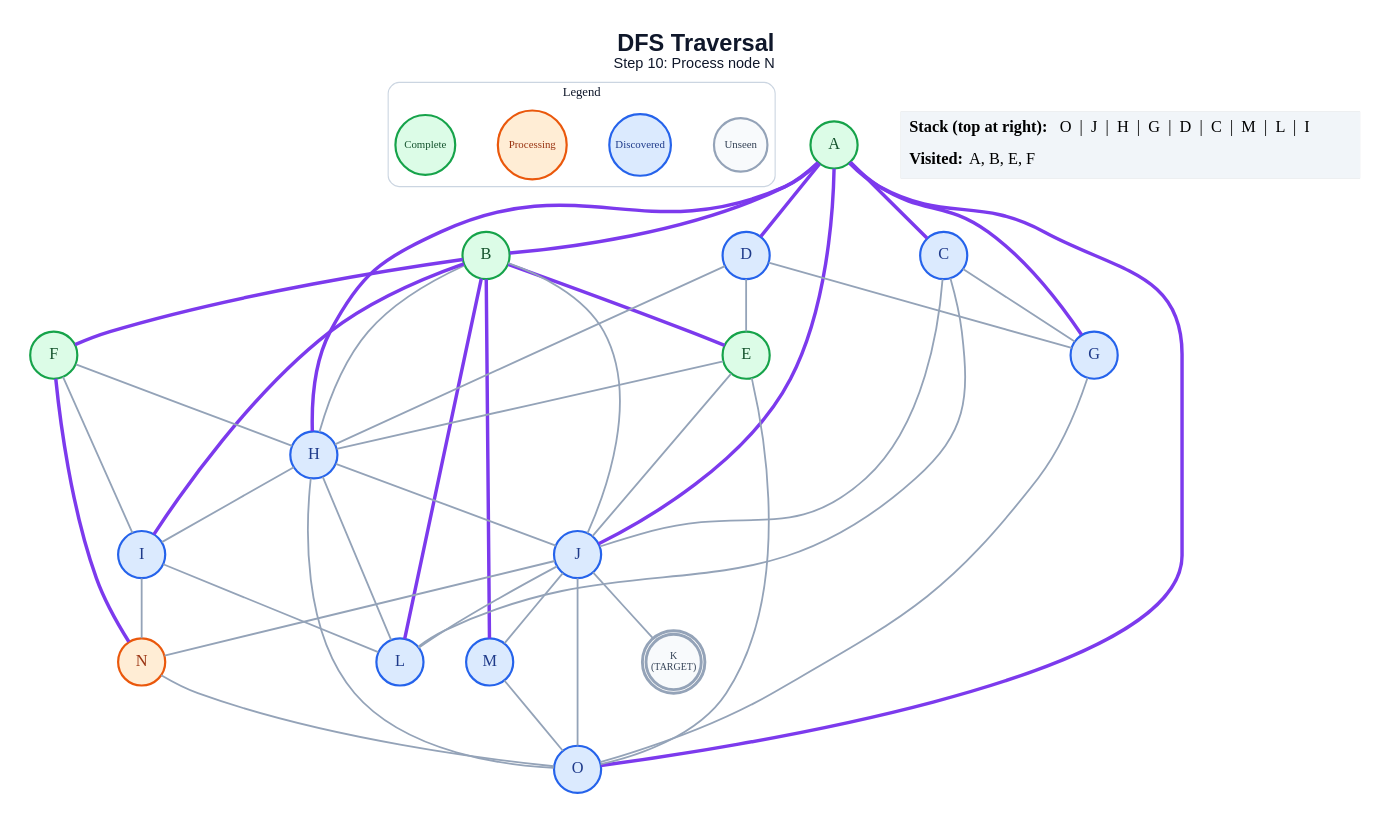
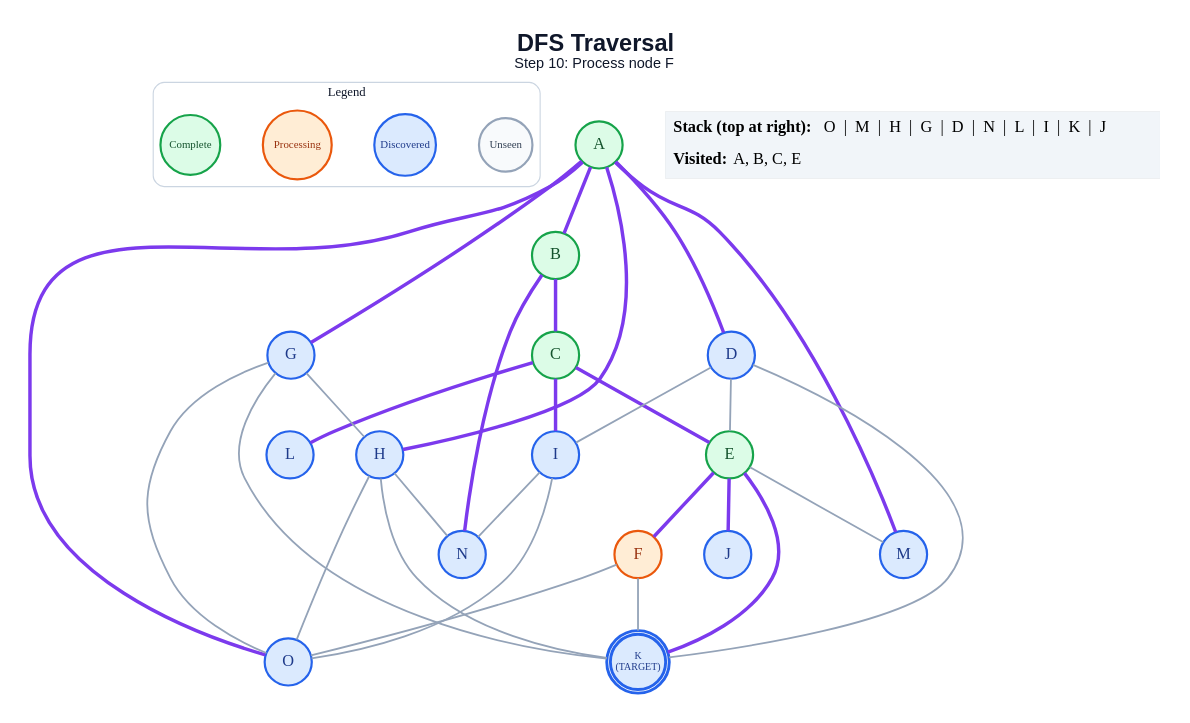
One commit to anon7238593-create/ai-slop changed the diagram in generated/specific-node/dfs/step_10.dot. Above: the diagram before and after it, drawn with Graphviz. The commit also changed 345 other files, not shown here.

```diff
--- a/generated/specific-node/dfs/step_10.dot
+++ b/generated/specific-node/dfs/step_10.dot
@@ -1,74 +1,62 @@
 graph traversal {
   graph [layout=dot, rankdir=TB, bgcolor="#FFFFFF", pad="0.35", nodesep="0.65", ranksep="0.8", fontname="Arial"];
   node [shape=circle, style="filled", fontname="Arial Bold", fontsize=18, width=0.72, fixedsize=true, penwidth=2.4];
   edge [color="#94A3B8", penwidth=2.0];
-  label=<<B>DFS Traversal</B><BR/><FONT POINT-SIZE="16">Step 10: Process node N</FONT>>; labelloc="t"; fontsize=26; fontname="Arial"; fontcolor="#0F172A";
+  label=<<B>DFS Traversal</B><BR/><FONT POINT-SIZE="16">Step 10: Process node F</FONT>>; labelloc="t"; fontsize=26; fontname="Arial"; fontcolor="#0F172A";
   subgraph cluster_legend { label="Legend"; color="#CBD5E1"; penwidth=1.2; style="rounded"; fontsize=14; fontname="Arial Bold";
     key_unseen [label="Unseen", fillcolor="#F8FAFC", color="#94A3B8", fontcolor="#334155", fontsize=12, width=0.82];
     key_frontier [label="Discovered", fillcolor="#DBEAFE", color="#2563EB", fontcolor="#1E3A8A", fontsize=12, width=0.95];
     key_current [label="Processing", fillcolor="#FFEDD5", color="#EA580C", fontcolor="#9A3412", fontsize=12, width=1.05];
     key_done [label="Complete", fillcolor="#DCFCE7", color="#16A34A", fontcolor="#14532D", fontsize=12, width=0.92];
     { rank=same; key_unseen; key_frontier; key_current; key_done; }
   }
   A [label="A", fillcolor="#DCFCE7", color="#16A34A", fontcolor="#14532D", peripheries=1, penwidth=2.4];
   B [label="B", fillcolor="#DCFCE7", color="#16A34A", fontcolor="#14532D", peripheries=1, penwidth=2.4];
-  C [label="C", fillcolor="#DBEAFE", color="#2563EB", fontcolor="#1E3A8A", peripheries=1, penwidth=2.4];
+  C [label="C", fillcolor="#DCFCE7", color="#16A34A", fontcolor="#14532D", peripheries=1, penwidth=2.4];
   D [label="D", fillcolor="#DBEAFE", color="#2563EB", fontcolor="#1E3A8A", peripheries=1, penwidth=2.4];
   E [label="E", fillcolor="#DCFCE7", color="#16A34A", fontcolor="#14532D", peripheries=1, penwidth=2.4];
-  F [label="F", fillcolor="#DCFCE7", color="#16A34A", fontcolor="#14532D", peripheries=1, penwidth=2.4];
+  F [label="F", fillcolor="#FFEDD5", color="#EA580C", fontcolor="#9A3412", peripheries=1, penwidth=2.4];
   G [label="G", fillcolor="#DBEAFE", color="#2563EB", fontcolor="#1E3A8A", peripheries=1, penwidth=2.4];
   H [label="H", fillcolor="#DBEAFE", color="#2563EB", fontcolor="#1E3A8A", peripheries=1, penwidth=2.4];
   I [label="I", fillcolor="#DBEAFE", color="#2563EB", fontcolor="#1E3A8A", peripheries=1, penwidth=2.4];
   J [label="J", fillcolor="#DBEAFE", color="#2563EB", fontcolor="#1E3A8A", peripheries=1, penwidth=2.4];
-  K [label="K\n(TARGET)", fillcolor="#F8FAFC", color="#94A3B8", fontcolor="#334155", peripheries=2, penwidth=3.2, fontsize=11, width=0.85, height=0.85];
+  K [label="K\n(TARGET)", fillcolor="#DBEAFE", color="#2563EB", fontcolor="#1E3A8A", peripheries=2, penwidth=3.2, fontsize=11, width=0.85, height=0.85];
   L [label="L", fillcolor="#DBEAFE", color="#2563EB", fontcolor="#1E3A8A", peripheries=1, penwidth=2.4];
   M [label="M", fillcolor="#DBEAFE", color="#2563EB", fontcolor="#1E3A8A", peripheries=1, penwidth=2.4];
-  N [label="N", fillcolor="#FFEDD5", color="#EA580C", fontcolor="#9A3412", peripheries=1, penwidth=2.4];
+  N [label="N", fillcolor="#DBEAFE", color="#2563EB", fontcolor="#1E3A8A", peripheries=1, penwidth=2.4];
   O [label="O", fillcolor="#DBEAFE", color="#2563EB", fontcolor="#1E3A8A", peripheries=1, penwidth=2.4];
   A -- B [color="#7C3AED", penwidth=3.8];
-  A -- C [color="#7C3AED", penwidth=3.8];
   A -- D [color="#7C3AED", penwidth=3.8];
   A -- G [color="#7C3AED", penwidth=3.8];
   A -- H [color="#7C3AED", penwidth=3.8];
-  A -- J [color="#7C3AED", penwidth=3.8];
+  A -- M [color="#7C3AED", penwidth=3.8];
   A -- O [color="#7C3AED", penwidth=3.8];
-  B -- E [color="#7C3AED", penwidth=3.8];
-  B -- F [color="#7C3AED", penwidth=3.8];
-  B -- H;
-  B -- I [color="#7C3AED", penwidth=3.8];
-  B -- J;
-  B -- L [color="#7C3AED", penwidth=3.8];
-  B -- M [color="#7C3AED", penwidth=3.8];
-  C -- G;
-  C -- J;
-  C -- L;
+  B -- C [color="#7C3AED", penwidth=3.8];
+  B -- N [color="#7C3AED", penwidth=3.8];
+  C -- E [color="#7C3AED", penwidth=3.8];
+  C -- I [color="#7C3AED", penwidth=3.8];
+  C -- L [color="#7C3AED", penwidth=3.8];
   D -- E;
-  D -- G;
-  D -- H;
-  E -- H;
-  E -- J;
-  E -- O;
-  F -- H;
-  F -- I;
-  F -- N [color="#7C3AED", penwidth=3.8];
+  D -- I;
+  D -- K;
+  E -- F [color="#7C3AED", penwidth=3.8];
+  E -- J [color="#7C3AED", penwidth=3.8];
+  E -- K [color="#7C3AED", penwidth=3.8];
+  E -- M;
+  F -- K;
+  F -- O;
+  G -- H;
+  G -- K;
   G -- O;
-  H -- I;
-  H -- J;
-  H -- L;
+  H -- K;
+  H -- N;
   H -- O;
-  I -- L;
   I -- N;
-  J -- K;
-  J -- L;
-  J -- M;
-  J -- N;
-  J -- O;
-  M -- O;
-  N -- O;
+  I -- O;
   status [shape=plain, fixedsize=false, width=0, height=0, margin=0, label=<
     <TABLE BORDER="0" CELLBORDER="0" CELLPADDING="7" BGCOLOR="#F1F5F9">
-      <TR><TD ALIGN="LEFT"><B>Stack (top at right):</B> O  |  J  |  H  |  G  |  D  |  C  |  M  |  L  |  I</TD></TR>
-      <TR><TD ALIGN="LEFT"><B>Visited:</B> A, B, E, F</TD></TR>
+      <TR><TD ALIGN="LEFT"><B>Stack (top at right):</B> O  |  M  |  H  |  G  |  D  |  N  |  L  |  I  |  K  |  J</TD></TR>
+      <TR><TD ALIGN="LEFT"><B>Visited:</B> A, B, C, E</TD></TR>
     </TABLE>
   >];
 }
```
